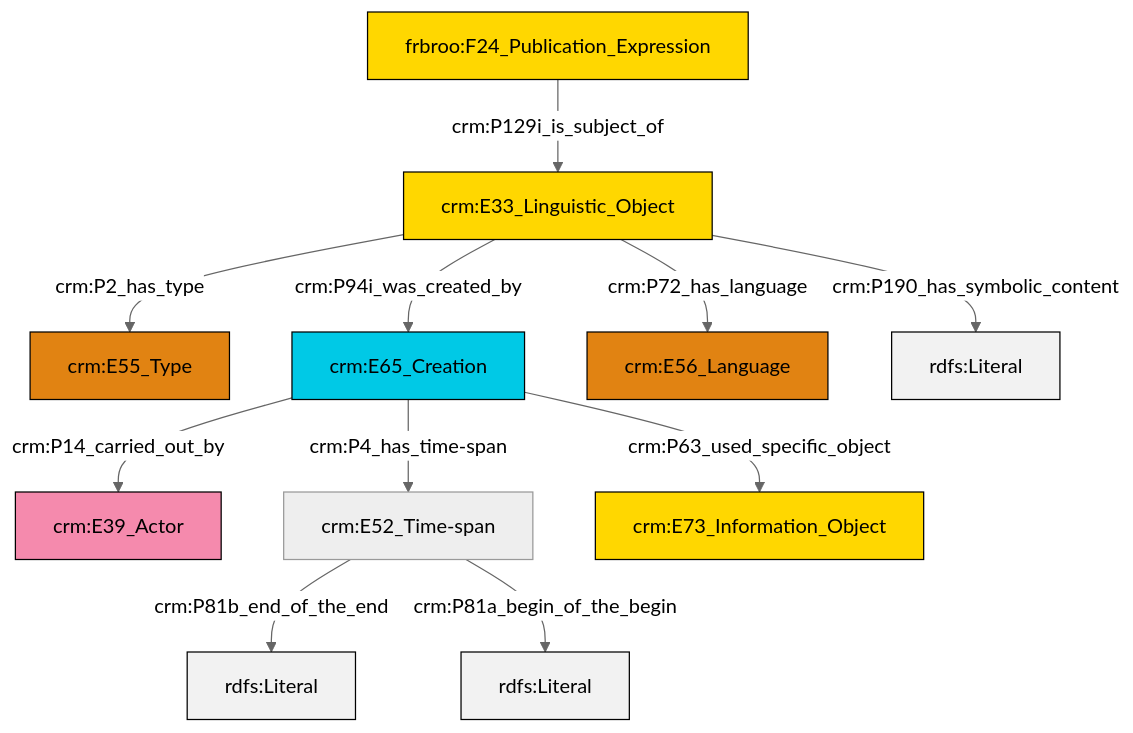
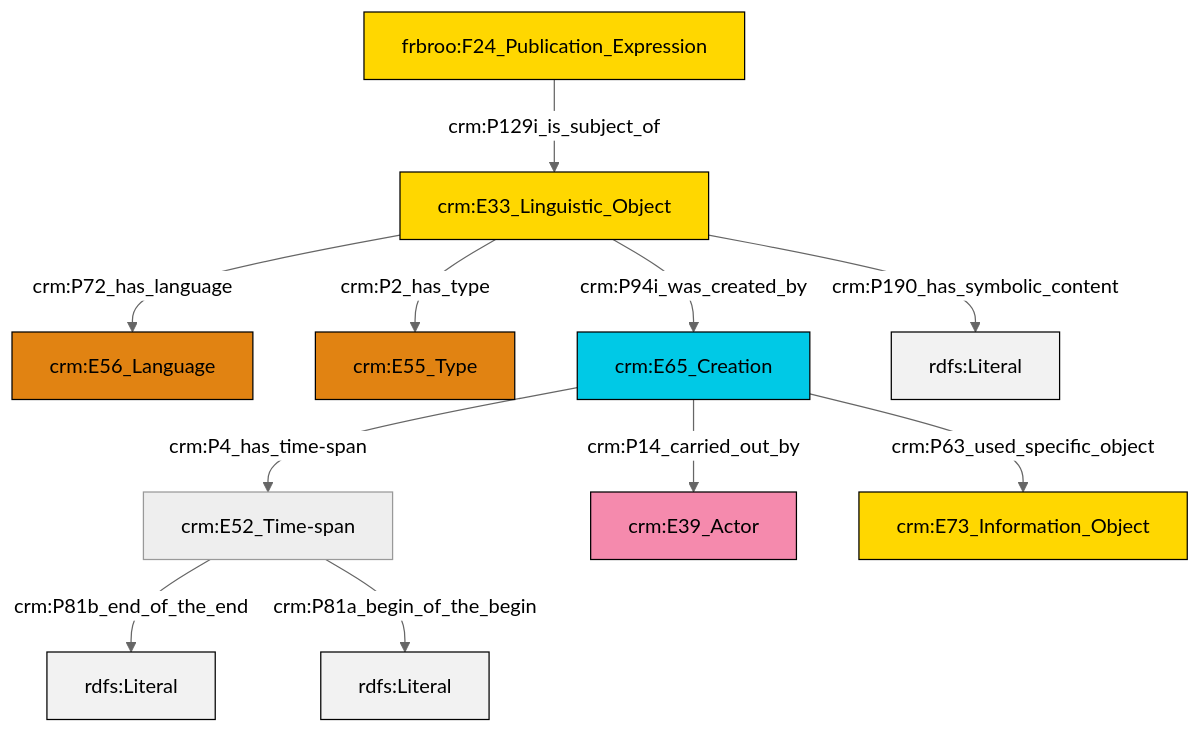
Before and after one commit to swiss-art-research-net/reference-data-models: the diagram in et/biblioCSV/ttl/mmd/biblio_description.ttl.mmd, drawn with Mermaid (neutral theme). The commit also changed 125 other files, not shown here.

```diff
--- a/et/biblioCSV/ttl/mmd/biblio_description.ttl.mmd
+++ b/et/biblioCSV/ttl/mmd/biblio_description.ttl.mmd
@@ -1,25 +1,25 @@
 graph TD
 classDef Literal fill:#f2f2f2,stroke:#000000;
 classDef CRM_Entity fill:#FFFFFF,stroke:#000000;
 classDef Temporal_Entity fill:#00C9E6, stroke:#000000;
 classDef Type fill:#E18312, stroke:#000000;
 classDef Time-Span fill:#2C9C91, stroke:#000000;
 classDef Appellation fill:#FFEB7F, stroke:#000000;
 classDef Place fill:#008836, stroke:#000000;
 classDef Persistent_Item fill:#B266B2, stroke:#000000;
 classDef Conceptual_Object fill:#FFD700, stroke:#000000;
 classDef Physical_Thing fill:#D2B48C, stroke:#000000;
 classDef Actor fill:#f58aad, stroke:#000000;
 classDef PC_Classes fill:#4ce600, stroke:#000000;
 classDef Multi fill:#cccccc,stroke:#000000;
 
-4["crm:E52_Time-span"]:::Default -->|crm:P81b_end_of_the_end| 5[rdfs:Literal]:::Literal
-12["crm:E65_Creation"]:::Temporal_Entity -->|crm:P4_has_time-span| 4["crm:E52_Time-span"]:::Default
-12["crm:E65_Creation"]:::Temporal_Entity -->|crm:P63_used_specific_object| 10["crm:E73_Information_Object"]:::Conceptual_Object
-12["crm:E65_Creation"]:::Temporal_Entity -->|crm:P14_carried_out_by| 2["crm:E39_Actor"]:::Actor
-4["crm:E52_Time-span"]:::Default -->|crm:P81a_begin_of_the_begin| 14[rdfs:Literal]:::Literal
-6["crm:E33_Linguistic_Object"]:::Conceptual_Object -->|crm:P72_has_language| 15["crm:E56_Language"]:::Type
-6["crm:E33_Linguistic_Object"]:::Conceptual_Object -->|crm:P2_has_type| 0["crm:E55_Type"]:::Type
-8["frbroo:F24_Publication_Expression"]:::Conceptual_Object -->|crm:P129i_is_subject_of| 6["crm:E33_Linguistic_Object"]:::Conceptual_Object
-6["crm:E33_Linguistic_Object"]:::Conceptual_Object -->|crm:P94i_was_created_by| 12["crm:E65_Creation"]:::Temporal_Entity
-6["crm:E33_Linguistic_Object"]:::Conceptual_Object -->|crm:P190_has_symbolic_content| 18[rdfs:Literal]:::Literal
+0["crm:E52_Time-span"]:::Default -->|crm:P81b_end_of_the_end| 1[rdfs:Literal]:::Literal
+2["crm:E33_Linguistic_Object"]:::Conceptual_Object -->|crm:P72_has_language| 3["crm:E56_Language"]:::Type
+2["crm:E33_Linguistic_Object"]:::Conceptual_Object -->|crm:P2_has_type| 8["crm:E55_Type"]:::Type
+2["crm:E33_Linguistic_Object"]:::Conceptual_Object -->|crm:P94i_was_created_by| 10["crm:E65_Creation"]:::Temporal_Entity
+6["frbroo:F24_Publication_Expression"]:::Conceptual_Object -->|crm:P129i_is_subject_of| 2["crm:E33_Linguistic_Object"]:::Conceptual_Object
+10["crm:E65_Creation"]:::Temporal_Entity -->|crm:P14_carried_out_by| 4["crm:E39_Actor"]:::Actor
+10["crm:E65_Creation"]:::Temporal_Entity -->|crm:P63_used_specific_object| 13["crm:E73_Information_Object"]:::Conceptual_Object
+2["crm:E33_Linguistic_Object"]:::Conceptual_Object -->|crm:P190_has_symbolic_content| 15[rdfs:Literal]:::Literal
+10["crm:E65_Creation"]:::Temporal_Entity -->|crm:P4_has_time-span| 0["crm:E52_Time-span"]:::Default
+0["crm:E52_Time-span"]:::Default -->|crm:P81a_begin_of_the_begin| 17[rdfs:Literal]:::Literal
```
